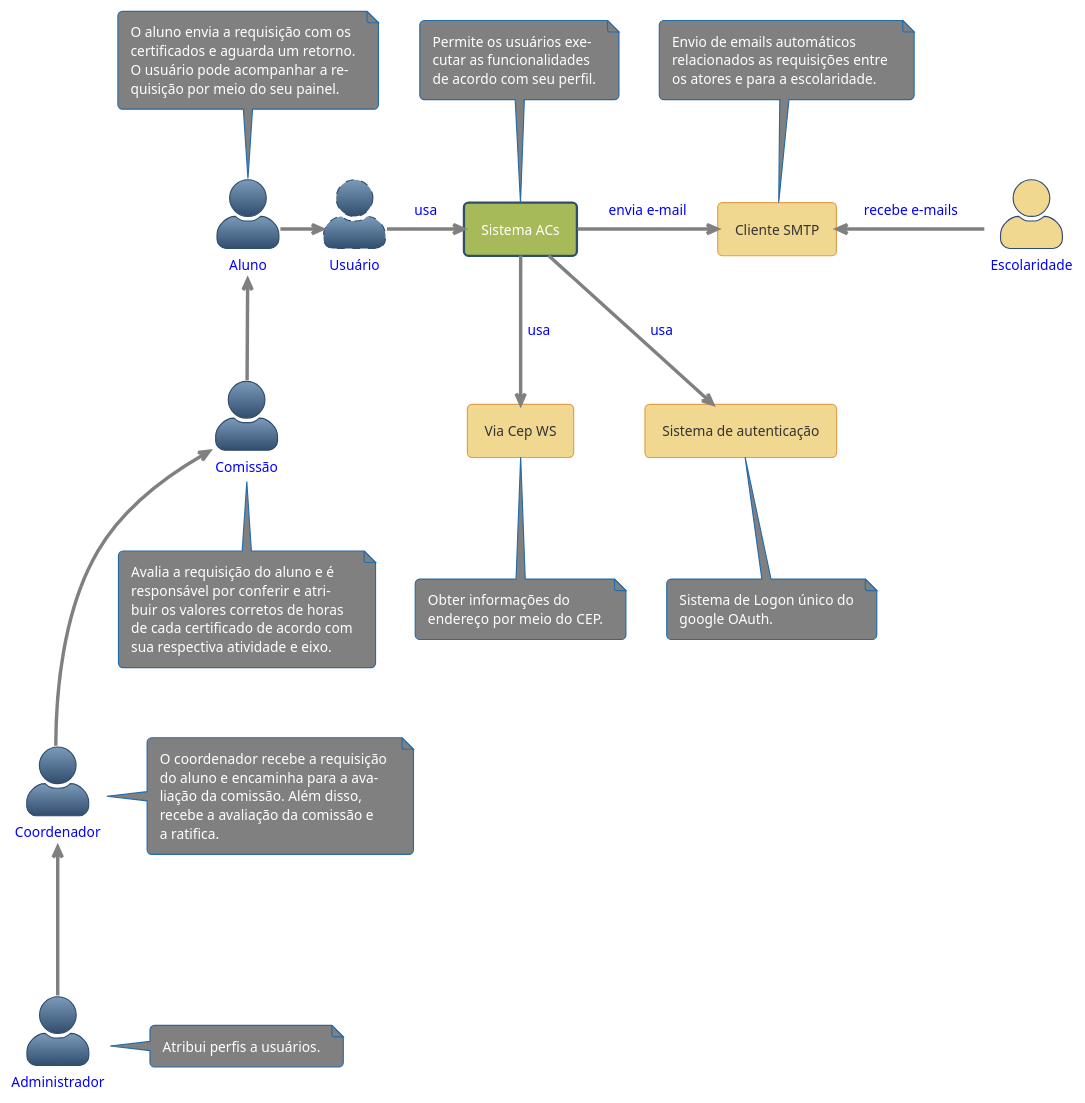
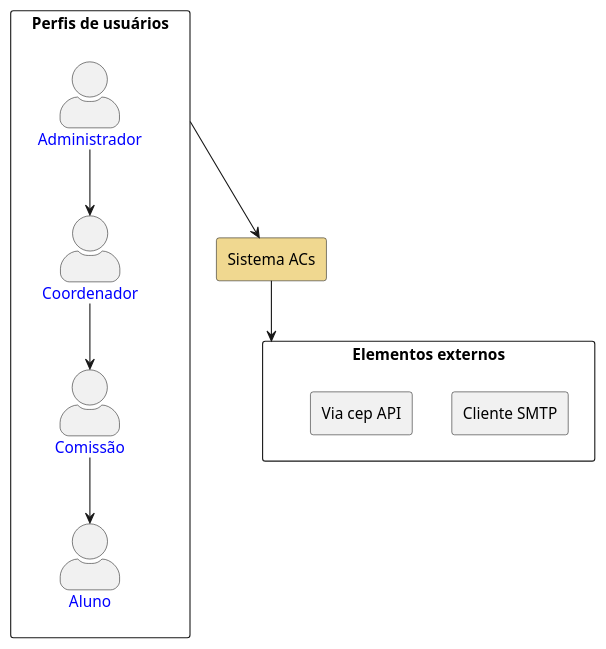
The diagram in docs_source/src/2. Níveis/2.1 Contexto - C1/diagrama-c1.puml (kvojps/sistema-acs), drawn with PlantUML before and after one commit. The commit also changed 2 other files, not shown here.

Commit message:
[fix]: refactor c1 diagram

```diff
--- a/docs_source/src/2. Níveis/2.1 Contexto - C1/diagrama-c1.puml
+++ b/docs_source/src/2. Níveis/2.1 Contexto - C1/diagrama-c1.puml
@@ -1,76 +1,24 @@
 @startuml Diagrama c1 - contexto
-!theme spacelab
 skinparam actorStyle awesome
 
-actor Usuário #line.dashed;text:blue
-actor Aluno #text:blue
-actor Comissão #text:blue
-actor Coordenador #text:blue
-actor Administrador #text:blue
-actor Escolaridade #f0d890;text:blue
+rectangle "Perfis de usuários" as usuarios{
+    actor Aluno #text:blue
+    actor Comissão #text:blue
+    actor Coordenador #text:blue
+    actor Administrador #text:blue
+}
 
-note top of Aluno #Gray
-    O aluno envia a requisição com os
-    certificados e aguarda um retorno.
-    O usuário pode acompanhar a re- 
-    quisição por meio do seu painel.
-end note
+rectangle sistema_acs as "Sistema ACs" #f0d890
 
-note right of Coordenador #Gray
-    O coordenador recebe a requisição 
-    do aluno e encaminha para a ava-
-    liação da comissão. Além disso, 
-    recebe a avaliação da comissão e
-    a ratifica.
-end note
+rectangle "Elementos externos" as external_elements {
+    agent cliente_smtp as "Cliente SMTP"
+    agent via_cep as "Via cep API"
+}
 
-note bottom of Comissão #Gray
-    Avalia a requisição do aluno e é 
-    responsável por conferir e atri-
-    buir os valores corretos de horas
-    de cada certificado de acordo com
-    sua respectiva atividade e eixo.
-end note
+Administrador -down-> Coordenador
+Coordenador -down-> Comissão
+Comissão -down-> Aluno
+usuarios -down-> sistema_acs
 
-note right of Administrador #Gray
-    Atribui perfis a usuários.
-end note
-
-Aluno  -right-> Usuário #line:gray;
-Comissão -up-> Aluno #line:gray;
-Coordenador -up--> Comissão #line:gray;
-Administrador -up--> Coordenador #line:gray;
-
-rectangle Sistema_Acs as "Sistema ACs" #a7ba59
-
-note top of Sistema_Acs #Gray
-    Permite os usuários exe-
-    cutar as funcionalidades
-    de acordo com seu perfil.
-end note
-
-agent Cliente_SMTP as "Cliente SMTP" #f0d890
-note top of Cliente_SMTP #Gray
-    Envio de emails automáticos 
-    relacionados as requisições entre 
-    os atores e para a escolaridade.
-end note
-
-agent OAuth2 as "Sistema de autenticação" #f0d890
-note bottom of OAuth2 #Gray
-    Sistema de Logon único do
-    google OAuth.
-end note
-
-Agent ViaCep as "Via Cep WS" #f0d890
-note bottom of ViaCep #Gray
-    Obter informações do 
-    endereço por meio do CEP.
-end note
-
-Usuário -right-> Sistema_Acs #line:gray;text:blue : usa
-Sistema_Acs -right-> Cliente_SMTP #line:gray;text:blue : envia e-mail
-Escolaridade -left-> Cliente_SMTP #line:gray;text:blue : recebe e-mails
-Sistema_Acs -down-> OAuth2 #line:gray;text:blue : usa
-Sistema_Acs -down-> ViaCep #line:gray;text:blue : usa
+sistema_acs -down-> external_elements
 @enduml
```
